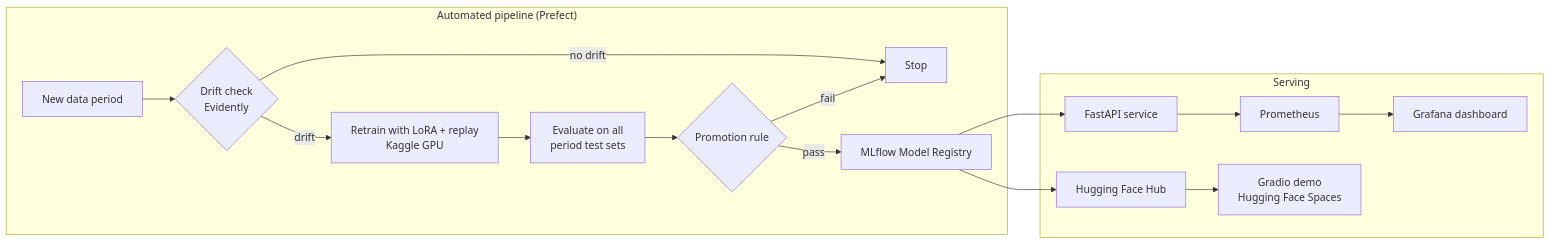
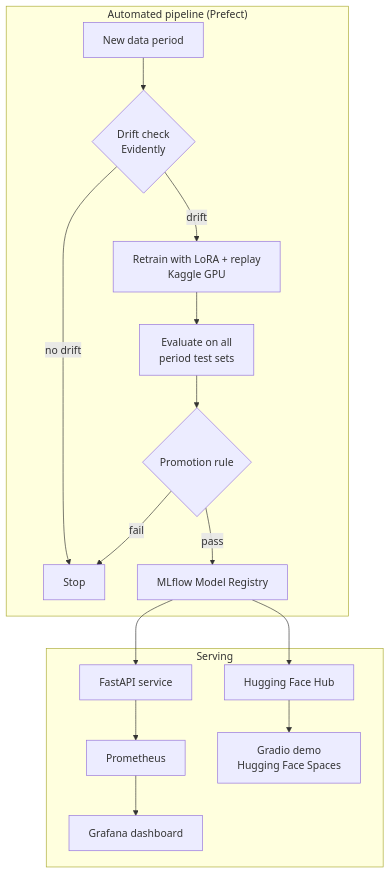
One commit to Akmal76/slangguard changed the diagram in docs/design.md. Above: the diagram before and after it, drawn with Mermaid.

Commit message:
docs: make architecture diagram readable

````diff
--- a/docs/design.md
+++ b/docs/design.md
@@ -36,20 +36,20 @@
 ```mermaid
-flowchart LR
+flowchart TD
     subgraph Pipeline["Automated pipeline (Prefect)"]
         A[New data period] --> B{Drift check<br/>Evidently}
         B -- no drift --> Z[Stop]
         B -- drift --> C[Retrain with LoRA + replay<br/>Kaggle GPU]
         C --> D[Evaluate on all<br/>period test sets]
         D --> E{Promotion rule}
         E -- fail --> Z
         E -- pass --> F[MLflow Model Registry]
     end
 
     subgraph Serving
         F --> G[FastAPI service]
         G --> H[Prometheus]
         H --> I[Grafana dashboard]
         F --> J[Hugging Face Hub]
         J --> K[Gradio demo<br/>Hugging Face Spaces]
     end
 ```
````
